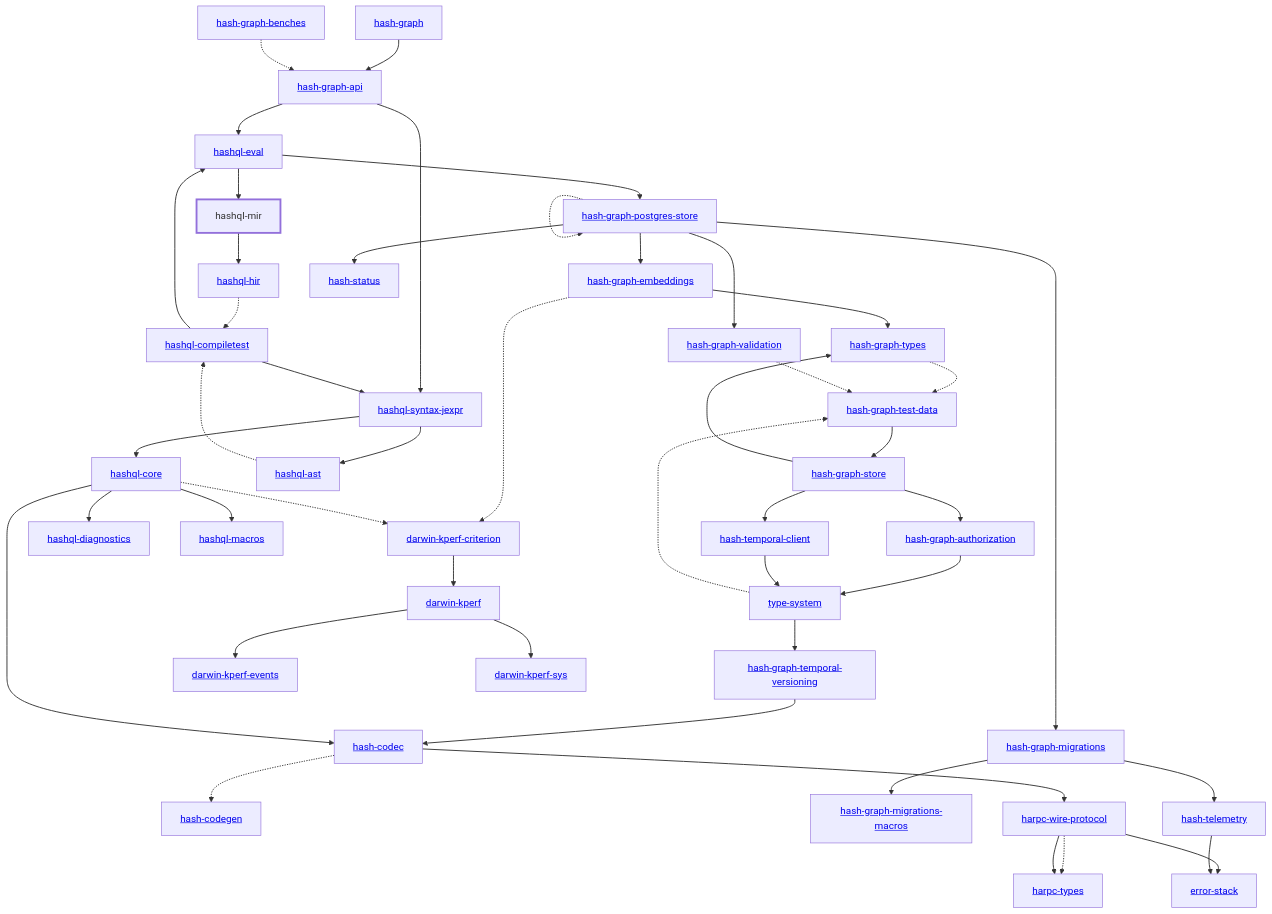
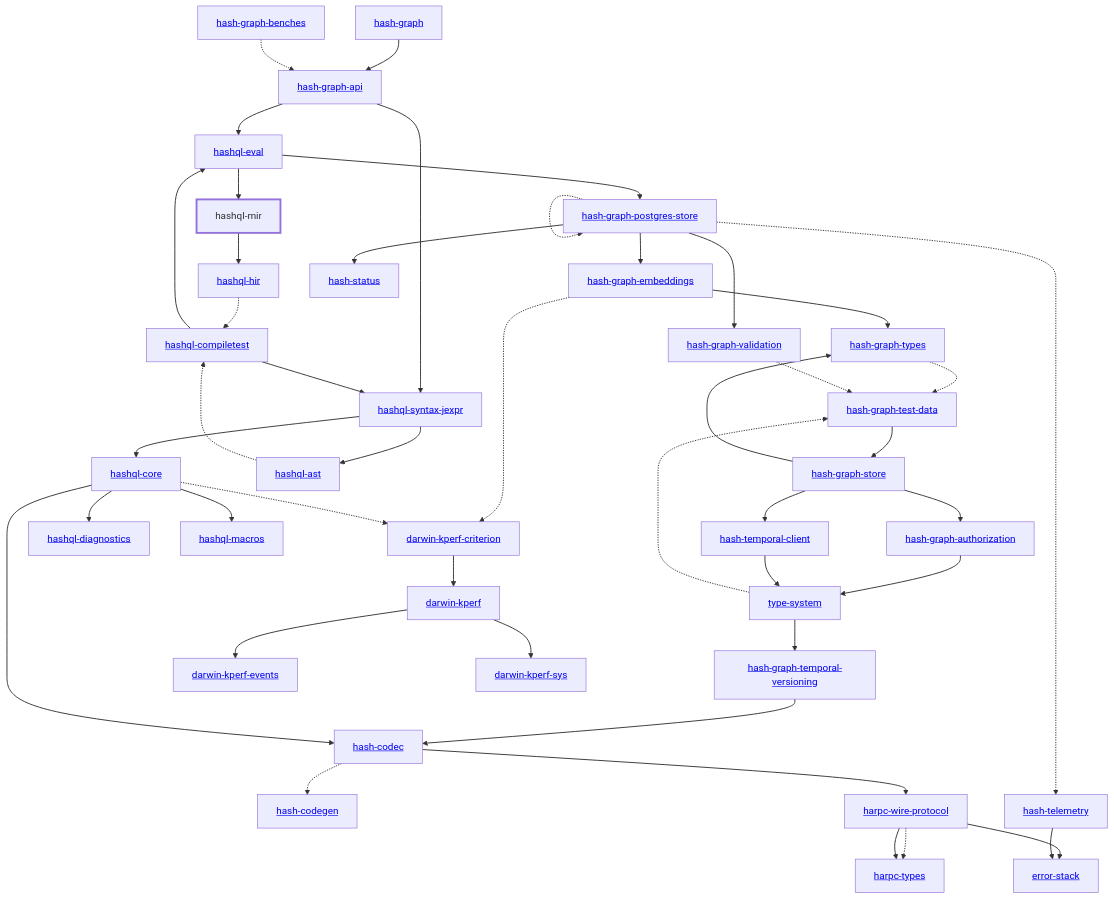
The diagram in libs/@local/hashql/mir/docs/dependency-diagram.mmd (hashintel/hash), drawn with Mermaid before and after one commit. The commit also changed 12 other files, not shown here.

Commit message:
Update dependency diagrams

```diff
--- a/libs/@local/hashql/mir/docs/dependency-diagram.mmd
+++ b/libs/@local/hashql/mir/docs/dependency-diagram.mmd
@@ -1,92 +1,88 @@
 graph TD
     linkStyle default stroke-width:1.5px
     classDef default stroke-width:1px
     classDef root stroke-width:3px
     classDef dev stroke-width:1px
     classDef build stroke-width:1px
     %% Legend
     %% --> : Normal dependency
     %% -.-> : Dev dependency
     %% ---> : Build dependency
     0[<a href="../hash_graph/index.html">hash-graph</a>]
     1[<a href="../type_system/index.html">type-system</a>]
     2[<a href="../hash_codec/index.html">hash-codec</a>]
     3[<a href="../hash_codegen/index.html">hash-codegen</a>]
     4[<a href="../hash_graph_api/index.html">hash-graph-api</a>]
     5[<a href="../hash_graph_authorization/index.html">hash-graph-authorization</a>]
     6[<a href="../hash_graph_embeddings/index.html">hash-graph-embeddings</a>]
-    7[<a href="../hash_graph_migrations/index.html">hash-graph-migrations</a>]
-    8[<a href="../hash_graph_migrations_macros/index.html">hash-graph-migrations-macros</a>]
-    9[<a href="../hash_graph_postgres_store/index.html">hash-graph-postgres-store</a>]
-    10[<a href="../hash_graph_store/index.html">hash-graph-store</a>]
-    11[<a href="../hash_graph_temporal_versioning/index.html">hash-graph-temporal-versioning</a>]
-    12[<a href="../hash_graph_types/index.html">hash-graph-types</a>]
-    13[<a href="../hash_graph_validation/index.html">hash-graph-validation</a>]
-    14[<a href="../harpc_types/index.html">harpc-types</a>]
-    15[<a href="../harpc_wire_protocol/index.html">harpc-wire-protocol</a>]
-    16[<a href="../hashql_ast/index.html">hashql-ast</a>]
-    17[<a href="../hashql_compiletest/index.html">hashql-compiletest</a>]
-    18[<a href="../hashql_core/index.html">hashql-core</a>]
-    19[<a href="../hashql_diagnostics/index.html">hashql-diagnostics</a>]
-    20[<a href="../hashql_eval/index.html">hashql-eval</a>]
-    21[<a href="../hashql_hir/index.html">hashql-hir</a>]
-    22[<a href="../hashql_macros/index.html">hashql-macros</a>]
-    23[hashql-mir]
-    class 23 root
-    24[<a href="../hashql_syntax_jexpr/index.html">hashql-syntax-jexpr</a>]
-    25[<a href="../hash_status/index.html">hash-status</a>]
-    26[<a href="../hash_telemetry/index.html">hash-telemetry</a>]
-    27[<a href="../hash_temporal_client/index.html">hash-temporal-client</a>]
-    28[<a href="../darwin_kperf/index.html">darwin-kperf</a>]
-    29[<a href="../darwin_kperf_criterion/index.html">darwin-kperf-criterion</a>]
-    30[<a href="../darwin_kperf_events/index.html">darwin-kperf-events</a>]
-    31[<a href="../darwin_kperf_sys/index.html">darwin-kperf-sys</a>]
-    32[<a href="../error_stack/index.html">error-stack</a>]
-    33[<a href="../hash_graph_benches/index.html">hash-graph-benches</a>]
-    34[<a href="../hash_graph_test_data/index.html">hash-graph-test-data</a>]
+    7[<a href="../hash_graph_postgres_store/index.html">hash-graph-postgres-store</a>]
+    8[<a href="../hash_graph_store/index.html">hash-graph-store</a>]
+    9[<a href="../hash_graph_temporal_versioning/index.html">hash-graph-temporal-versioning</a>]
+    10[<a href="../hash_graph_types/index.html">hash-graph-types</a>]
+    11[<a href="../hash_graph_validation/index.html">hash-graph-validation</a>]
+    12[<a href="../harpc_types/index.html">harpc-types</a>]
+    13[<a href="../harpc_wire_protocol/index.html">harpc-wire-protocol</a>]
+    14[<a href="../hashql_ast/index.html">hashql-ast</a>]
+    15[<a href="../hashql_compiletest/index.html">hashql-compiletest</a>]
+    16[<a href="../hashql_core/index.html">hashql-core</a>]
+    17[<a href="../hashql_diagnostics/index.html">hashql-diagnostics</a>]
+    18[<a href="../hashql_eval/index.html">hashql-eval</a>]
+    19[<a href="../hashql_hir/index.html">hashql-hir</a>]
+    20[<a href="../hashql_macros/index.html">hashql-macros</a>]
+    21[hashql-mir]
+    class 21 root
+    22[<a href="../hashql_syntax_jexpr/index.html">hashql-syntax-jexpr</a>]
+    23[<a href="../hash_status/index.html">hash-status</a>]
+    24[<a href="../hash_telemetry/index.html">hash-telemetry</a>]
+    25[<a href="../hash_temporal_client/index.html">hash-temporal-client</a>]
+    26[<a href="../darwin_kperf/index.html">darwin-kperf</a>]
+    27[<a href="../darwin_kperf_criterion/index.html">darwin-kperf-criterion</a>]
+    28[<a href="../darwin_kperf_events/index.html">darwin-kperf-events</a>]
+    29[<a href="../darwin_kperf_sys/index.html">darwin-kperf-sys</a>]
+    30[<a href="../error_stack/index.html">error-stack</a>]
+    31[<a href="../hash_graph_benches/index.html">hash-graph-benches</a>]
+    32[<a href="../hash_graph_test_data/index.html">hash-graph-test-data</a>]
     0 --> 4
-    1 --> 11
-    1 -.-> 34
+    1 --> 9
+    1 -.-> 32
     2 -.-> 3
-    2 --> 15
-    4 --> 20
-    4 --> 24
+    2 --> 13
+    4 --> 18
+    4 --> 22
     5 --> 1
-    6 --> 12
-    6 -.-> 29
-    7 --> 8
-    7 --> 26
-    9 --> 6
-    9 --> 7
-    9 -.-> 9
-    9 --> 13
-    9 --> 25
-    10 --> 5
-    10 --> 12
-    10 --> 27
-    11 --> 2
-    12 -.-> 34
-    13 -.-> 34
-    15 -.-> 14
-    15 --> 14
-    15 --> 32
-    16 -.-> 17
-    17 --> 20
-    17 --> 24
-    18 --> 2
-    18 --> 19
-    18 --> 22
-    18 -.-> 29
-    20 --> 9
-    20 --> 23
-    21 -.-> 17
-    23 --> 21
-    24 --> 16
-    24 --> 18
-    26 --> 32
-    27 --> 1
-    28 --> 30
-    28 --> 31
-    29 --> 28
-    33 -.-> 4
-    34 --> 10
+    6 --> 10
+    6 -.-> 27
+    7 --> 6
+    7 -.-> 7
+    7 --> 11
+    7 --> 23
+    7 -.-> 24
+    8 --> 5
+    8 --> 10
+    8 --> 25
+    9 --> 2
+    10 -.-> 32
+    11 -.-> 32
+    13 -.-> 12
+    13 --> 12
+    13 --> 30
+    14 -.-> 15
+    15 --> 18
+    15 --> 22
+    16 --> 2
+    16 --> 17
+    16 --> 20
+    16 -.-> 27
+    18 --> 7
+    18 --> 21
+    19 -.-> 15
+    21 --> 19
+    22 --> 14
+    22 --> 16
+    24 --> 30
+    25 --> 1
+    26 --> 28
+    26 --> 29
+    27 --> 26
+    31 -.-> 4
+    32 --> 8
```
